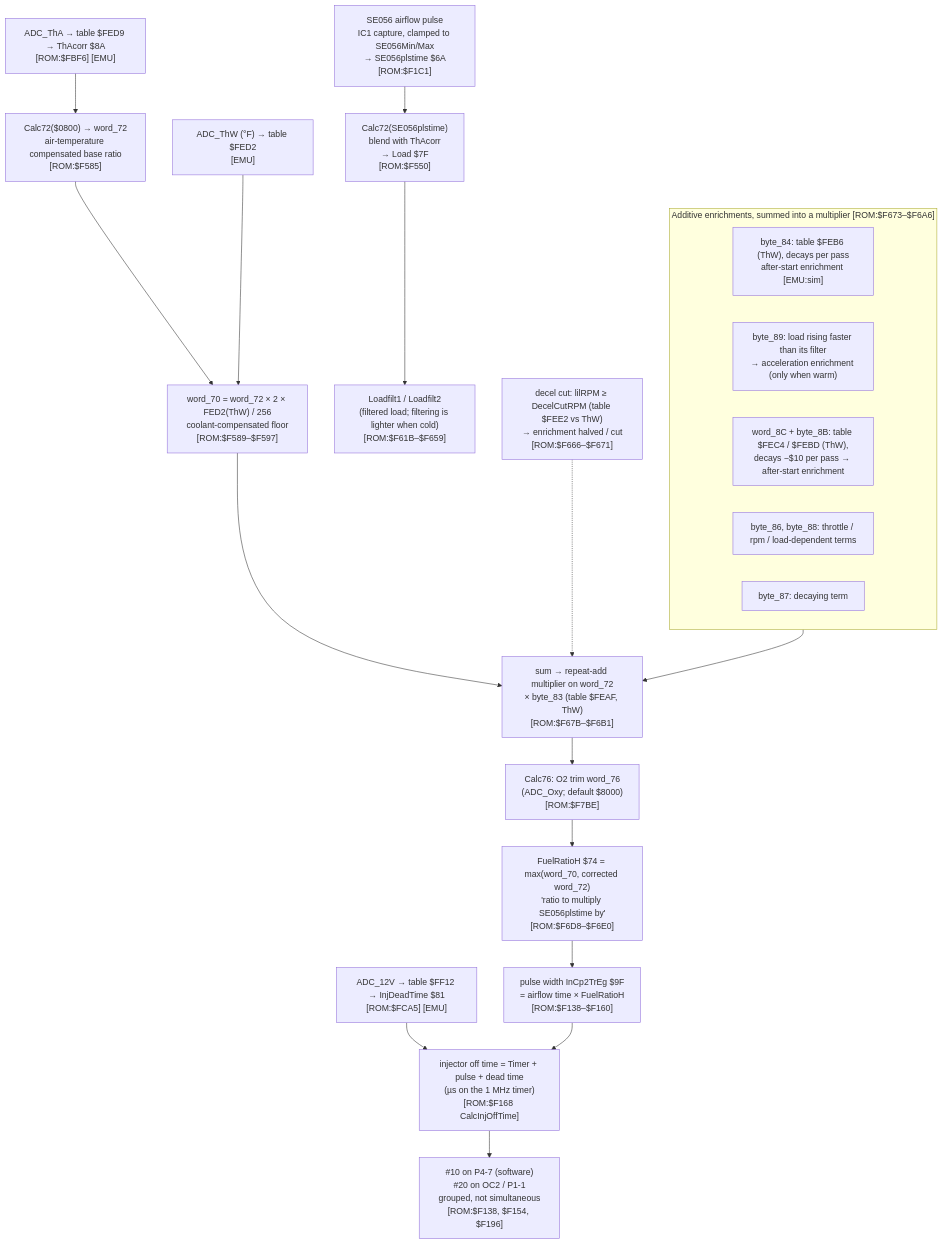
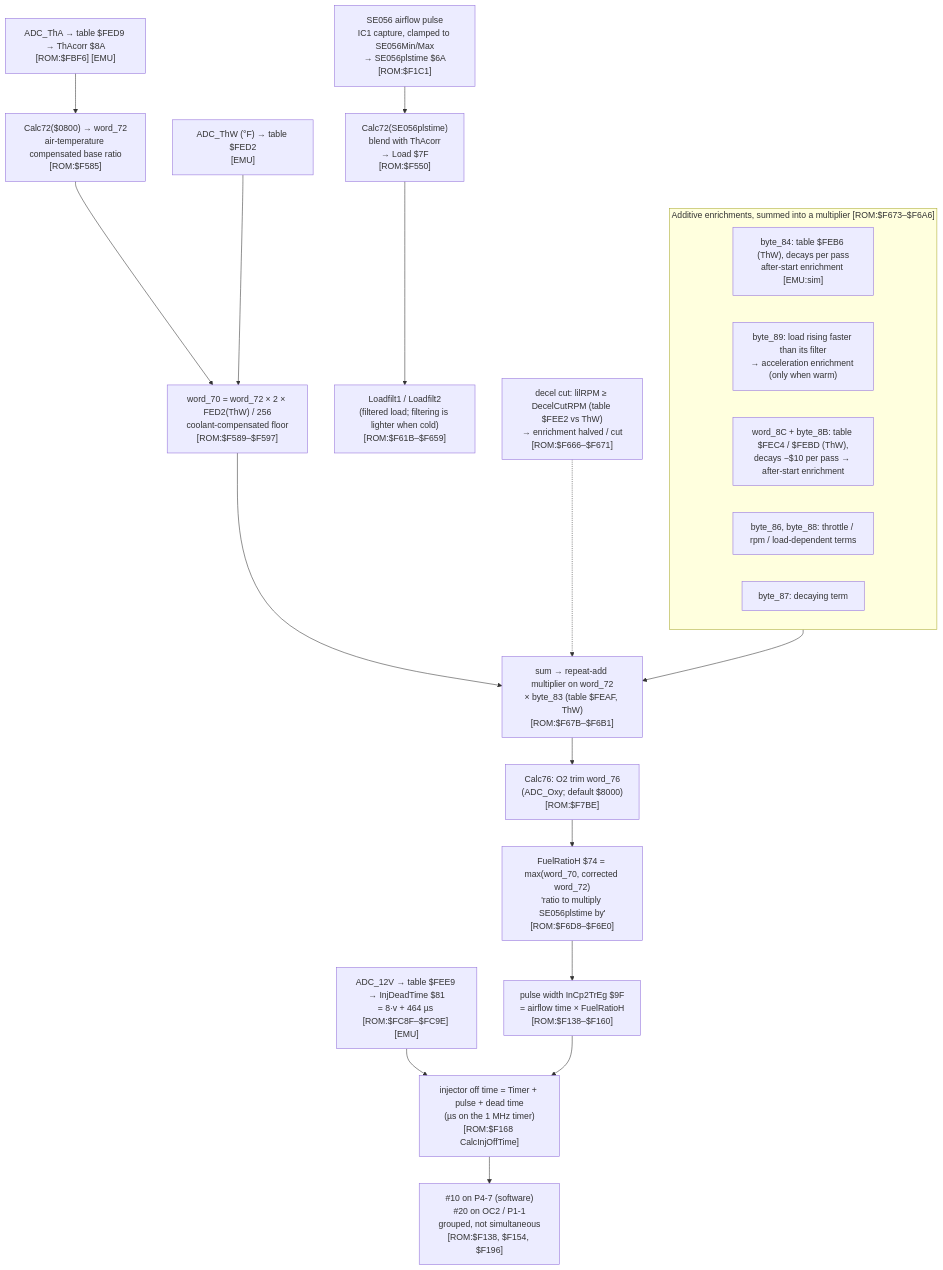
Before and after one commit to kurt-culley/Toyota-PCM-hacking: the first of 2 diagrams in docs/bluetop/fuel_chain.md, drawn with Mermaid. The commit also changed 13 other files, not shown here.

````diff
--- a/docs/bluetop/fuel_chain.md
+++ b/docs/bluetop/fuel_chain.md
@@ -13,24 +13,24 @@
 ```mermaid
 flowchart TD
   AF["SE056 airflow pulse<br/>IC1 capture, clamped to SE056Min/Max<br/>→ SE056plstime $6A<br/>[ROM:$F1C1]"] --> LOAD
   THA["ADC_ThA → table $FED9 → ThAcorr $8A<br/>[ROM:$FBF6] [EMU]"] --> CALC72
   LOAD["Calc72(SE056plstime)<br/>blend with ThAcorr<br/>→ Load $7F<br/>[ROM:$F550]"] --> FILT["Loadfilt1 / Loadfilt2<br/>(filtered load; filtering is lighter when cold)<br/>[ROM:$F61B–$F659]"]
   CALC72["Calc72($0800) → word_72<br/>air-temperature compensated base ratio<br/>[ROM:$F585]"] --> W70
   THW1["ADC_ThW (°F) → table $FED2<br/>[EMU]"] --> W70["word_70 = word_72 × 2 × FED2(ThW) / 256<br/>coolant-compensated floor<br/>[ROM:$F589–$F597]"]
   subgraph ENR["Additive enrichments, summed into a multiplier [ROM:$F673–$F6A6]"]
     E84["byte_84: table $FEB6 (ThW), decays per pass<br/>after-start enrichment [EMU:sim]"]
     E89["byte_89: load rising faster than its filter<br/>→ acceleration enrichment (only when warm)"]
     E8C["word_8C + byte_8B: table $FEC4 / $FEBD (ThW),<br/>decays −$10 per pass → after-start enrichment"]
     E86["byte_86, byte_88: throttle / rpm / load-dependent terms"]
     E87["byte_87: decaying term"]
   end
   W70 --> MIX
   ENR --> MIX["sum → repeat-add multiplier on word_72<br/>× byte_83 (table $FEAF, ThW)<br/>[ROM:$F67B–$F6B1]"]
   MIX --> O2["Calc76: O2 trim word_76<br/>(ADC_Oxy; default $8000)<br/>[ROM:$F7BE]"]
   O2 --> FR["FuelRatioH $74 = max(word_70, corrected word_72)<br/>'ratio to multiply SE056plstime by'<br/>[ROM:$F6D8–$F6E0]"]
   FR --> PW["pulse width InCp2TrEg $9F<br/>= airflow time × FuelRatioH<br/>[ROM:$F138–$F160]"]
-  BAT["ADC_12V → table $FF12 → InjDeadTime $81<br/>[ROM:$FCA5] [EMU]"] --> OFF
+  BAT["ADC_12V → table $FEE9 → InjDeadTime $81<br/>= 8·v + 464 µs [ROM:$FC8F–$FC9E] [EMU]"] --> OFF
   PW --> OFF["injector off time = Timer + pulse + dead time<br/>(µs on the 1 MHz timer)<br/>[ROM:$F168 CalcInjOffTime]"]
   OFF --> INJ["#10 on P4-7 (software)<br/>#20 on OC2 / P1-1<br/>grouped, not simultaneous<br/>[ROM:$F138, $F154, $F196]"]
   CUT["decel cut: lilRPM ≥ DecelCutRPM (table $FEE2 vs ThW)<br/>→ enrichment halved / cut<br/>[ROM:$F666–$F671]"] -.-> MIX
 ```
````
